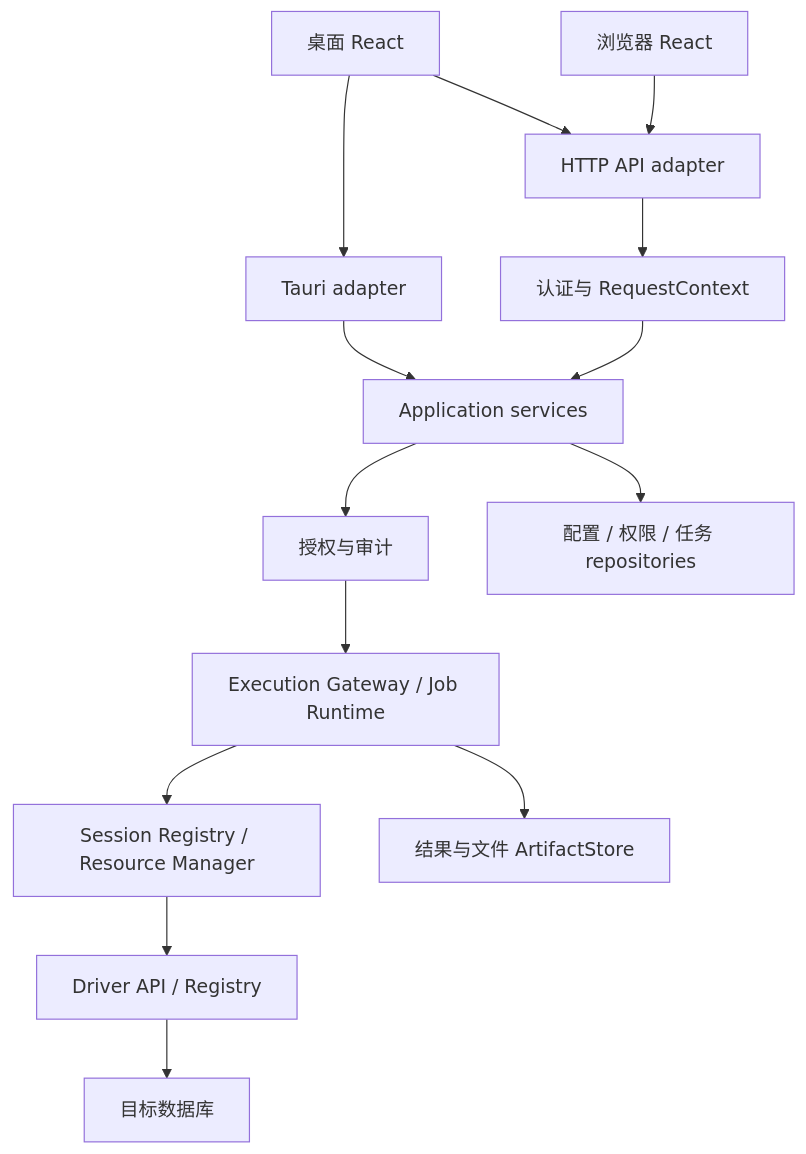
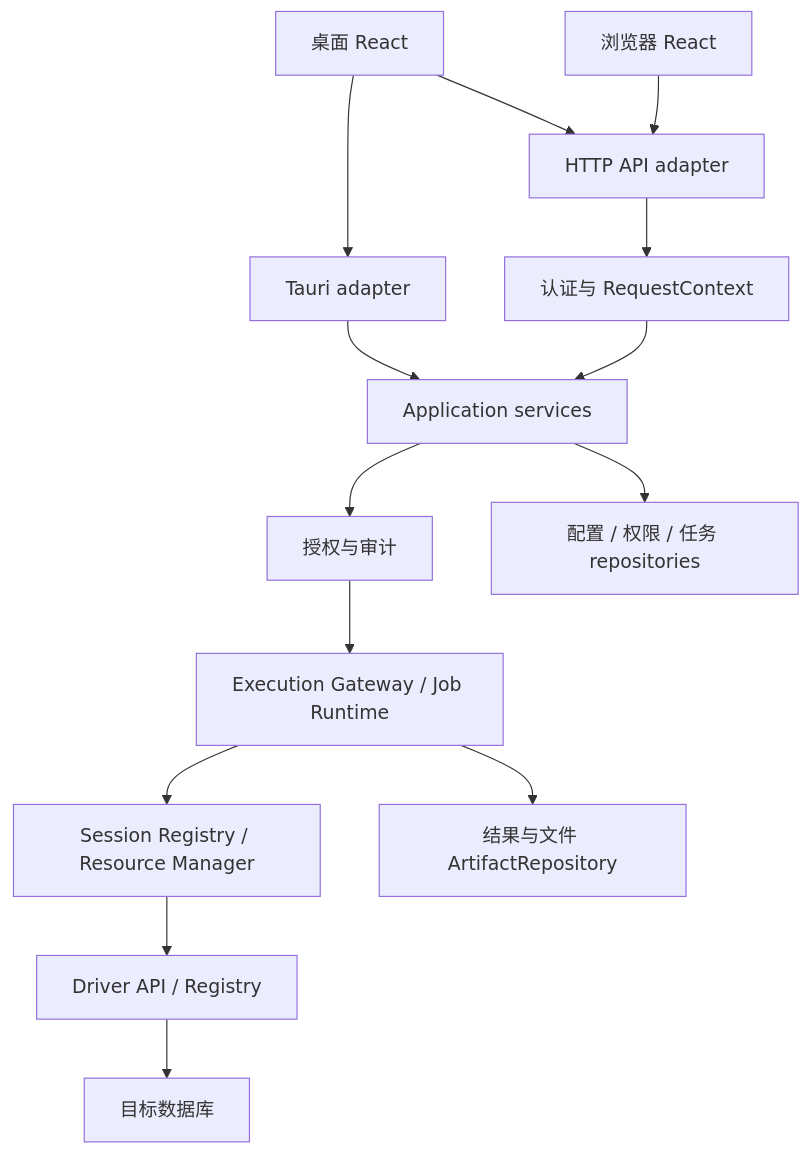
The first of 2 diagrams in docs/architecture/platform/system-overview.md (flyxl/datazen), drawn with Mermaid before and after one commit. The commit also changed other lines of this file and 171 other files, not shown here.

````diff
--- a/docs/architecture/platform/system-overview.md
+++ b/docs/architecture/platform/system-overview.md
@@ -41,16 +41,16 @@
 ```mermaid
 flowchart TD
     Desktop[桌面 React] --> IPC[Tauri adapter]
     Desktop --> API[HTTP API adapter]
     Browser[浏览器 React] --> API
     IPC --> App[Application services]
     API --> Auth[认证与 RequestContext]
     Auth --> App
     App --> Policy[授权与审计]
     Policy --> Runtime[Execution Gateway / Job Runtime]
     Runtime --> Resources[Session Registry / Resource Manager]
     Resources --> Drivers[Driver API / Registry]
     Drivers --> DB[目标数据库]
     App --> Repos[配置 / 权限 / 任务 repositories]
-    Runtime --> Artifacts[结果与文件 ArtifactStore]
+    Runtime --> Artifacts[结果与文件 ArtifactRepository]
 ```
````
